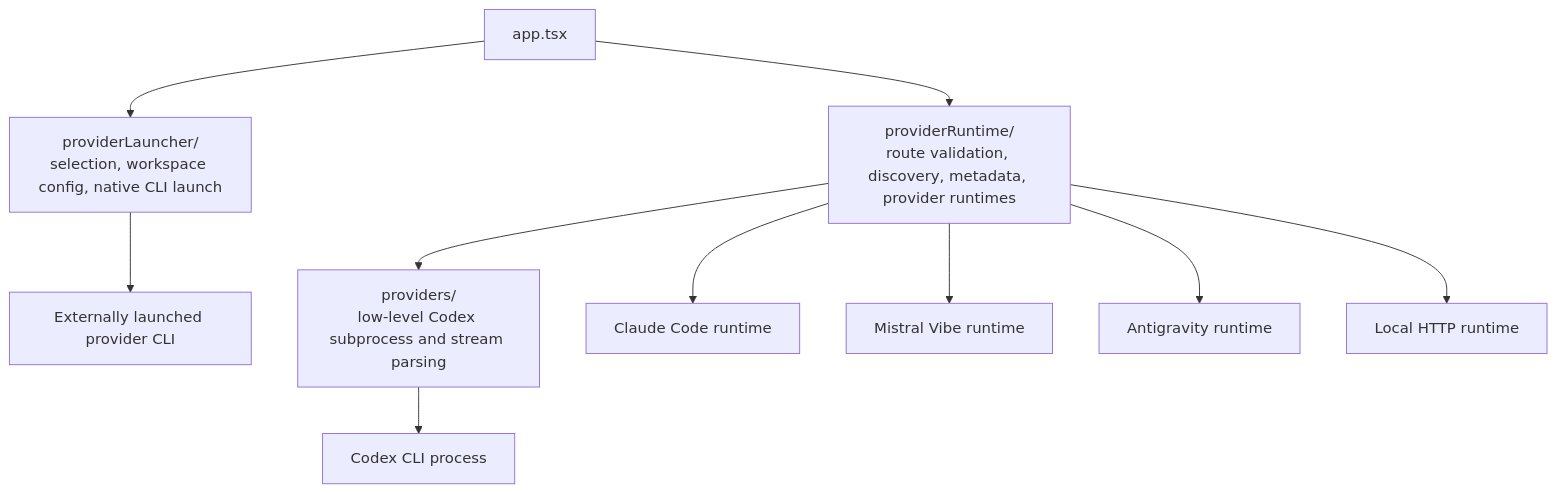
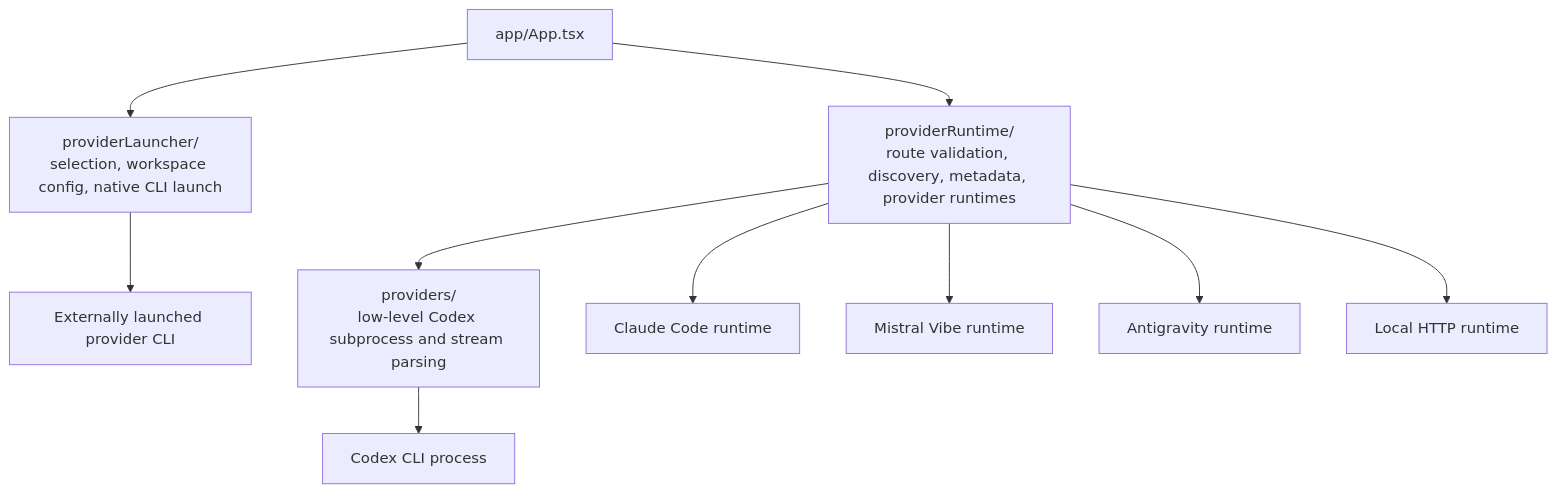
One commit to golba98/Codexa changed the sixth of 9 diagrams in docs/ARCHITECTURE.md. Above: the diagram before and after it, drawn with Mermaid. The commit also changed other lines of this file and 41 other files, not shown here.

````diff
--- a/docs/ARCHITECTURE.md
+++ b/docs/ARCHITECTURE.md
@@ -173,13 +173,13 @@
 ```mermaid
 flowchart TD
-  App[app.tsx] --> LauncherLayer[providerLauncher/<br/>selection, workspace config, native CLI launch]
+  App[app/App.tsx] --> LauncherLayer[providerLauncher/<br/>selection, workspace config, native CLI launch]
   App --> RuntimeLayer[providerRuntime/<br/>route validation, discovery, metadata, provider runtimes]
   RuntimeLayer --> ProviderLayer[providers/<br/>low-level Codex subprocess and stream parsing]
 
   LauncherLayer --> NativeCLI[Externally launched provider CLI]
   RuntimeLayer --> Claude[Claude Code runtime]
   RuntimeLayer --> Vibe[Mistral Vibe runtime]
   RuntimeLayer --> AGY[Antigravity runtime]
   RuntimeLayer --> Local[Local HTTP runtime]
   ProviderLayer --> Codex[Codex CLI process]
 ```
````
